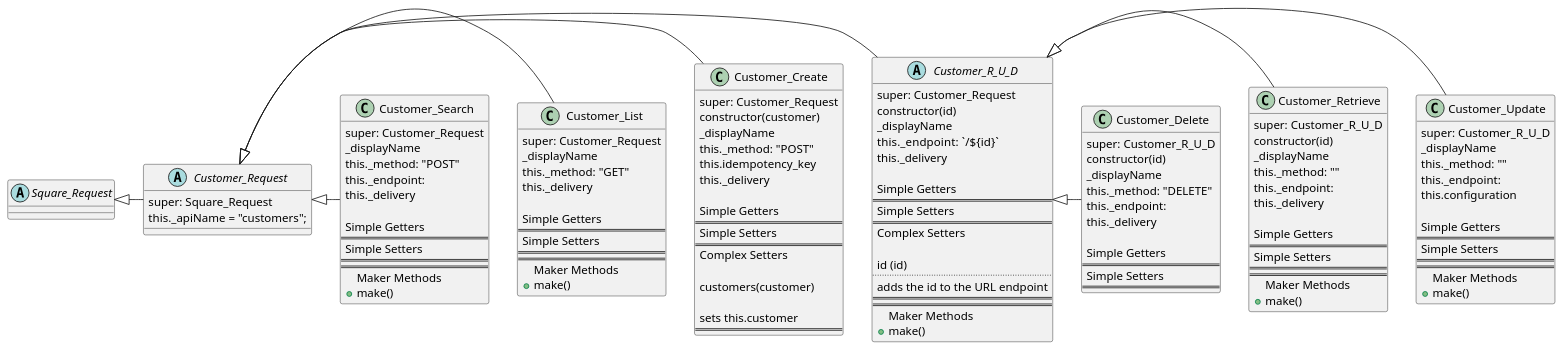
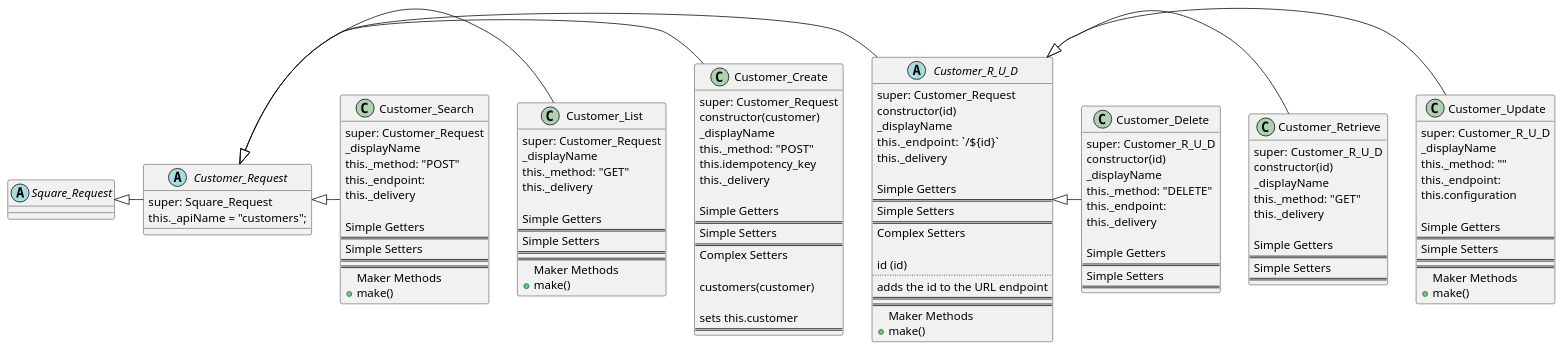
One commit to TwoFistedJustice/square-pie changed the diagram in docs/uml/pie_customer_api.puml. Above: the diagram before and after it, drawn with PlantUML.

Commit message:
docs: diagram Customer_Retrieve

```diff
--- a/docs/uml/pie_customer_api.puml
+++ b/docs/uml/pie_customer_api.puml
@@ -1,150 +1,146 @@
 @startuml
 'https://plantuml.com/class-diagram
 
 Square_Request <|- Customer_Request
 Customer_Request <|- Customer_R_U_D
 Customer_R_U_D <|- Customer_Update
 Customer_R_U_D <|- Customer_Retrieve
 Customer_R_U_D <|- Customer_Delete
 Customer_Request <|- Customer_Create
 Customer_Request <|- Customer_List
 Customer_Request <|- Customer_Search
 
 abstract class Square_Request {}
 abstract class Customer_Request {
 super: Square_Request
 this._apiName = "customers";
 }
 
 abstract class Customer_R_U_D {
 super: Customer_Request
 constructor(id)
 _displayName
 this._endpoint:  `/${id}`
 this._delivery
 
 Simple Getters
 ==
 Simple Setters
 ==
 Complex Setters
 
 id (id)
 ..
 adds the id to the URL endpoint
 ==
 ==
 Maker Methods
 +make()
 }
 class Customer_Update {
 super: Customer_R_U_D
 _displayName
 this._method: ""
 this._endpoint:
 this.configuration
 
 Simple Getters
 ==
 Simple Setters
 ==
 ==
 Maker Methods
 +make()
 }
 class Customer_Retrieve {
 super: Customer_R_U_D
 constructor(id)
 _displayName
-this._method: ""
-this._endpoint:
+this._method: "GET"
 this._delivery
 
 Simple Getters
 ==
 Simple Setters
 ==
-==
-Maker Methods
-+make()
 }
 class Customer_Delete {
 super: Customer_R_U_D
 constructor(id)
 _displayName
 this._method: "DELETE"
 this._endpoint:
 this._delivery
 
 Simple Getters
 ==
 Simple Setters
 ==
 }
 
 class Customer_Create {
 super: Customer_Request
 constructor(customer)
 _displayName
 this._method: "POST"
 this.idempotency_key
 this._delivery
 
 Simple Getters
 ==
 Simple Setters
 ==
 Complex Setters
 
 customers(customer)
 
 sets this.customer
 ==
 }
 class Customer_List {
 super: Customer_Request
 _displayName
 this._method: "GET"
 this._delivery
 
 Simple Getters
 ==
 Simple Setters
 ==
 ==
 Maker Methods
 +make()
 }
 class Customer_Search {
 super: Customer_Request
 _displayName
 this._method: "POST"
 this._endpoint:
 this._delivery
 
 Simple Getters
 ==
 Simple Setters
 ==
 ==
 Maker Methods
 +make()
 }
 
 
 
 
 
 
 
 
 
 
 
 
 
 
 
 
 
 @enduml
```
